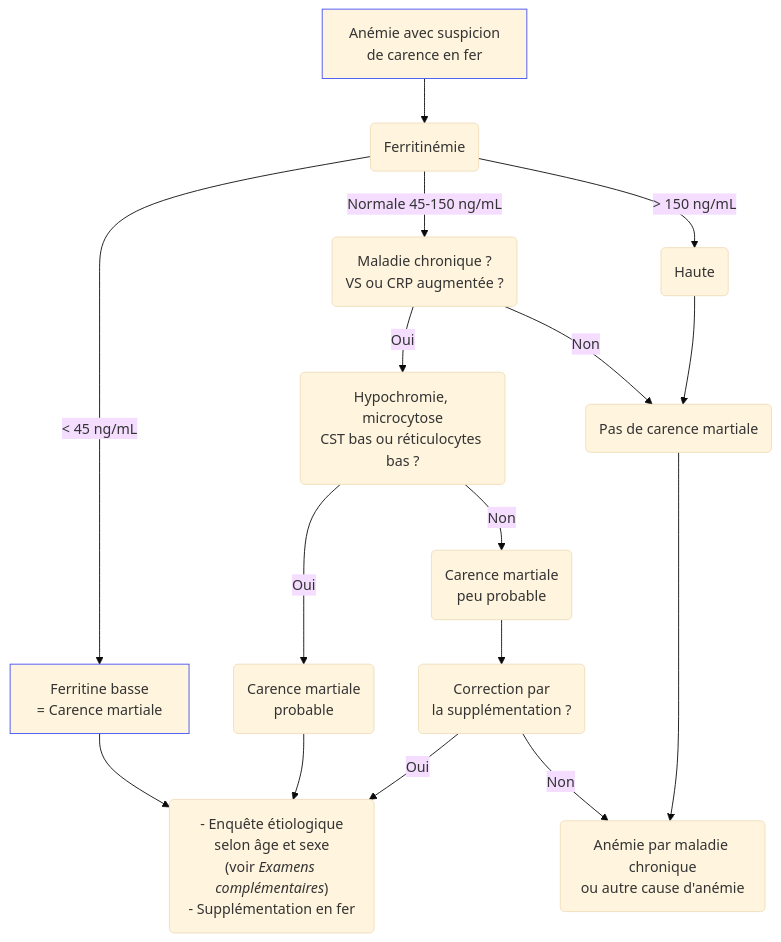
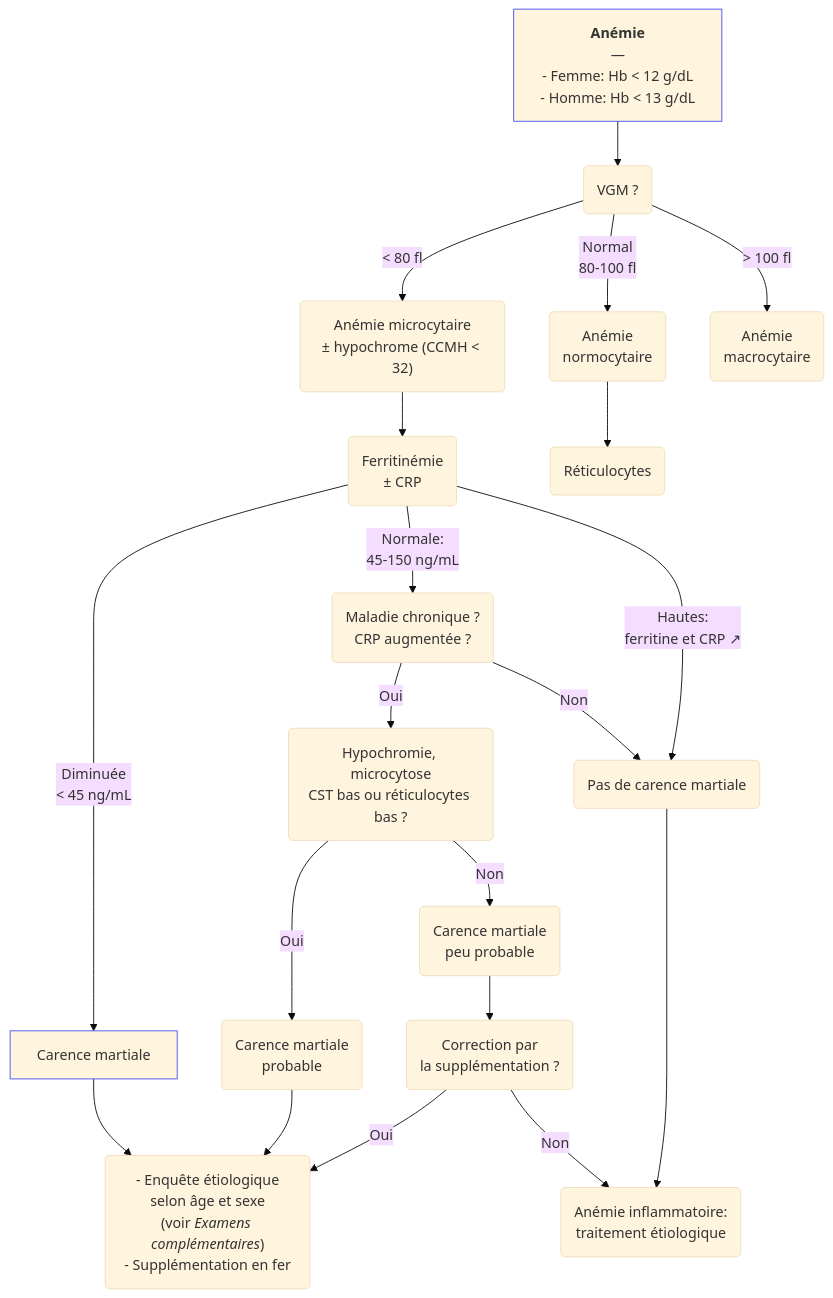
The diagram in content/recommandations/anemie.md (djibe/recommandations-medicales), drawn with Mermaid (base theme) before and after one commit. The commit also changed 31 other files, not shown here.

```diff
--- a/content/recommandations/anemie.md
+++ b/content/recommandations/anemie.md
@@ -224,20 +224,18 @@
 {{< mermaid title="Prise en charge d'une anémie avec suspicion de carence en fer. Dr JB Fron d'après BSG 2021" >}}
 graph TB
-  anemie[Anémie avec suspicion <br>de carence en fer]
-  style anemie stroke:#4150f5, stroke-width:1px
-    anemie --> ferritine(Ferritinémie)
-      ferritine -- &lt; 45 ng/mL --> basse[Ferritine basse<br>= Carence martiale]
-        style basse stroke:#4150f5, stroke-width:1px
-        basse --> enquete("- Enquête étiologique<br>selon âge et sexe<br>(voir <em>Examens complémentaires</em>)<br>- Supplémentation en fer")
-      ferritine -- Normale 45-150 ng/mL --> inflammation(Maladie chronique ?<br>VS ou CRP augmentée ?)
+  anemie["<b>Anémie</b><br>—<br>- Femme: Hb &lt; 12 g/dL <br>- Homme: Hb &lt; 13 g/dL"] --> VGM(VGM ?) -- "&lt; 80 fl" --> microcytaire("Anémie microcytaire<br>± hypochrome (CCMH &lt; 32)") --> ferritine("Ferritinémie<br>± CRP")
+      ferritine -- "Diminuée<br>&lt; 45 ng/mL" --> basse[Carence martiale] --> enquete("- Enquête étiologique<br>selon âge et sexe<br>(voir <em>Examens complémentaires</em>)<br>- Supplémentation en fer")
+      ferritine -- "Normale:<br>45-150 ng/mL" --> inflammation(Maladie chronique ?<br>CRP augmentée ?)
           inflammation -- Oui --> hypochromie(Hypochromie, microcytose<br>CST bas ou réticulocytes bas ?)
             hypochromie -- Oui --> probable(Carence martiale<br>probable) --> enquete
             hypochromie -- Non --> peuProbable(Carence martiale<br>peu probable)
               peuProbable --> supplementation(Correction par<br>la supplémentation ?)
                 supplementation -- Oui --> enquete
                 supplementation -- Non --> autreCause
           inflammation -- Non --> absente
-      ferritine -- &gt; 150 ng/mL --> haute(Haute)
-        haute --> absente(Pas de carence martiale)
-          absente --> autreCause(Anémie par maladie chronique<br>ou autre cause d'anémie)
+      ferritine -- "Hautes:<br>ferritine et CRP ↗" --> absente(Pas de carence martiale) --> autreCause(Anémie inflammatoire:<br>traitement étiologique)
+    VGM -- "Normal<br>80-100 fl" --> normocytaire(Anémie<br>normocytaire) --> réticulocytes(Réticulocytes)
+    VGM -- "&gt; 100 fl" --> macrocytaire(Anémie<br>macrocytaire)
+  style anemie stroke:#4150f5, stroke-width:1px
+  style basse stroke:#4150f5, stroke-width:1px
 {{< /mermaid >}}
```
